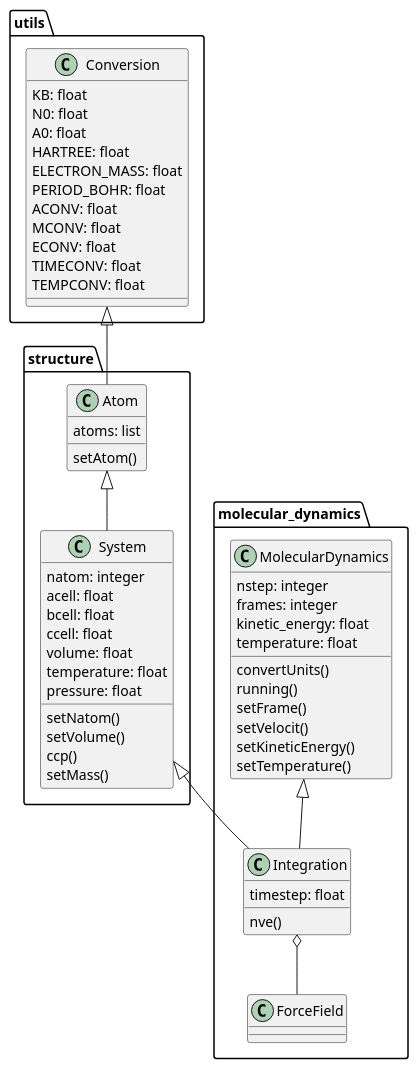
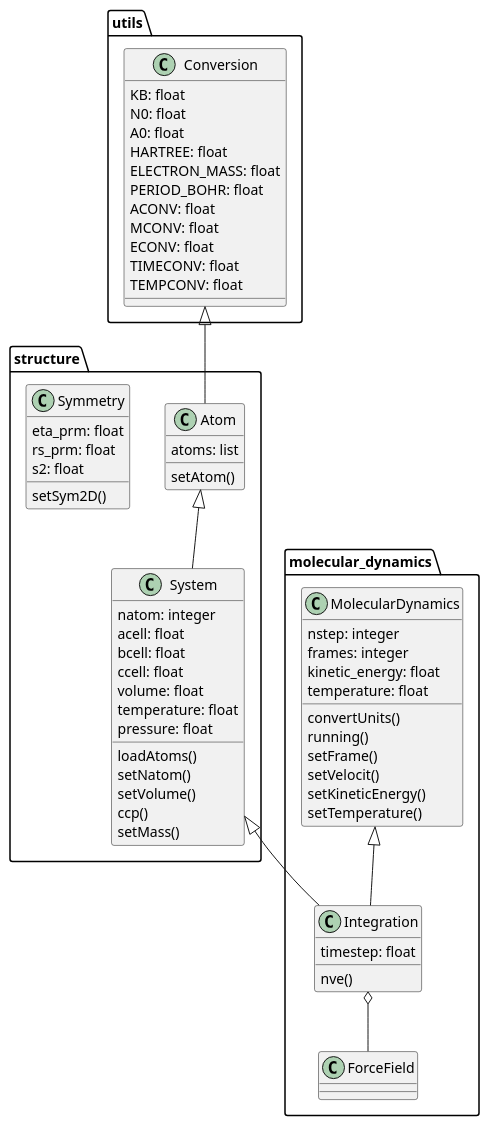
Before and after one commit to flavianowilliams/M3L: the diagram in doc/phase_diagram.puml, drawn with PlantUML. The commit also changed 17 other files, not shown here.

```diff
--- a/doc/phase_diagram.puml
+++ b/doc/phase_diagram.puml
@@ -1,61 +1,68 @@
 @startuml M3L
 package utils{
     class Conversion{
         KB: float
         N0: float
         A0: float
         HARTREE: float
         ELECTRON_MASS: float
         PERIOD_BOHR: float
         ACONV: float
         MCONV: float
         ECONV: float
         TIMECONV: float
         TEMPCONV: float
     }
   }
 package molecular_dynamics{
     class MolecularDynamics{
         nstep: integer
         frames: integer
         kinetic_energy: float
         temperature: float
         convertUnits()
         running()
         setFrame()
         setVelocit()
         setKineticEnergy()
         setTemperature()
     }
     class Integration{
         timestep: float
         nve()
     }
     class ForceField{
   }
 }
 package structure{
     class System{
       natom: integer
       acell: float
       bcell: float
       ccell: float
       volume: float
       temperature: float
       pressure: float
+      loadAtoms()
       setNatom()
       setVolume()
       ccp()
       setMass()
     }
     class Atom{
         atoms: list
         setAtom()
   }
+    class Symmetry{
+      eta_prm: float
+      rs_prm: float
+      s2: float
+      setSym2D()
+    }
 }
 Conversion <|-- Atom
 Integration o-- ForceField
 MolecularDynamics <|-- Integration
 System <|-- Integration
 Atom <|-- System
 @enduml
```
